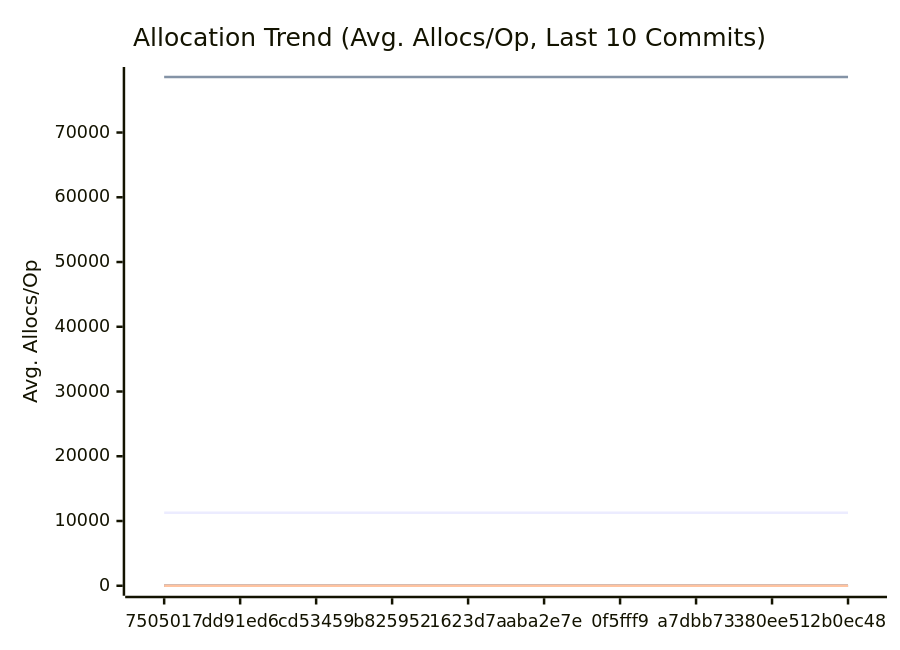
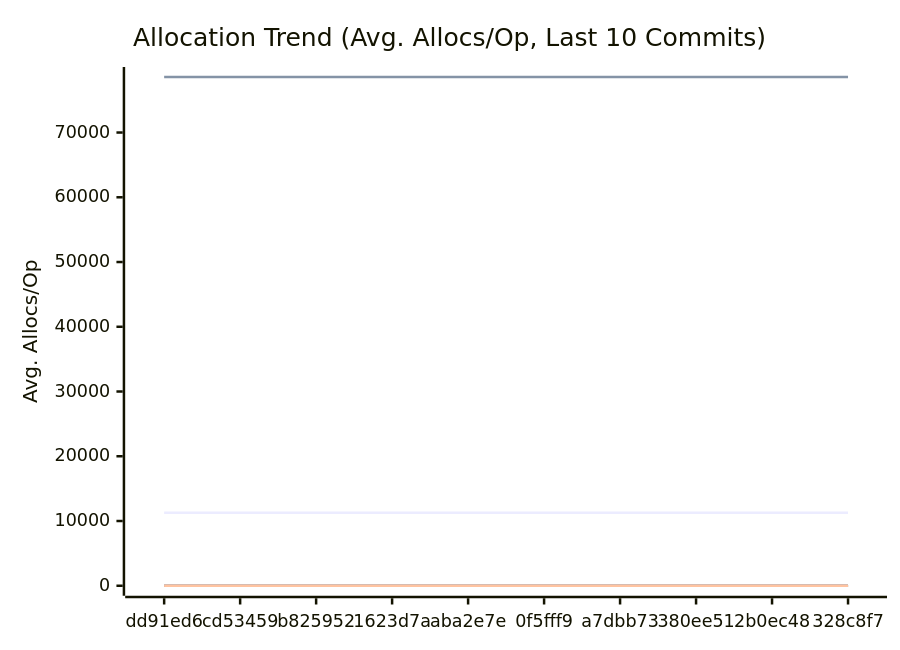
One commit to alsotoes/momo changed the third of 3 diagrams in docs/PERFORMANCE.md. Above: the diagram before and after it, drawn with Mermaid. The commit also changed other lines of this file and 3 other files, not shown here.

````diff
--- a/docs/PERFORMANCE.md
+++ b/docs/PERFORMANCE.md
@@ -197,20 +197,20 @@
 ```mermaid
 xychart-beta
     title "Allocation Trend (Avg. Allocs/Op, Last 10 Commits)"
     x-axis "Commit"
     y-axis "Avg. Allocs/Op"
-    x-axis [7505017,dd91ed6,cd53459,b825952,1623d7a,aba2e7e,0f5fff9,a7dbb73,380ee51,2b0ec48]
-    line "AWSChunkedReaderSigned" [11278,11271,11265,11282,11278,11284,11272,11270,11273,11273]
-    line "AWSChunkedReaderUnsigned" [78563,78564,78564,78577,78562,78561,78569,78563,78558,78562]
+    x-axis [dd91ed6,cd53459,b825952,1623d7a,aba2e7e,0f5fff9,a7dbb73,380ee51,2b0ec48,328c8f7]
+    line "AWSChunkedReaderSigned" [11271,11265,11282,11278,11284,11272,11270,11273,11273,11279]
+    line "AWSChunkedReaderUnsigned" [78564,78564,78577,78562,78561,78569,78563,78558,78562,78559]
     line "CheckMetricsAndSwap" [0,0,0,0,0,0,0,0,0,0]
     line "CrushOptimized" [0,0,0,0,0,0,0,0,0,0]
     line "CrushOriginal" [3,3,3,3,3,3,3,3,3,3]
     line "IndexDirectTracking" [0,0,0,0,0,0,0,0,0,0]
     line "IndexSearch" [0,0,0,0,0,0,0,0,0,0]
     line "LoadGlobalConfig" [54,54,54,54,54,54,54,54,54,54]
     line "PadString" [1,1,1,1,1,1,1,1,1,1]
     line "ParseReplicationOrder_NoPrealloc" [6,6,6,6,6,5,5,5,5,5]
     line "ParseReplicationOrder_Prealloc" [2,2,2,2,2,1,1,1,1,1]
     line "SanitizeLog/Safe" [0,0,0,0,0,0,0,0,0,0]
     line "SanitizeLog/Unsafe" [1,1,1,1,1,1,1,1,1,1]
 ```
````
